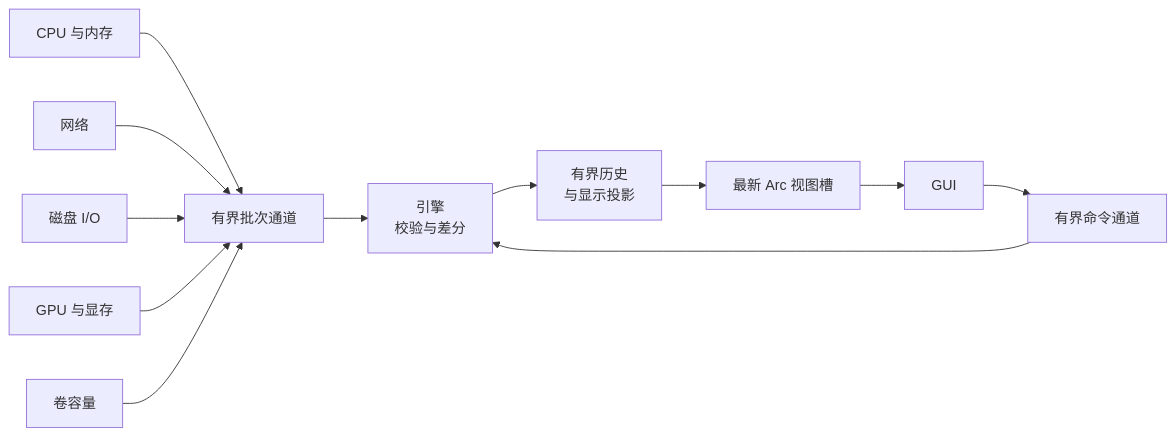
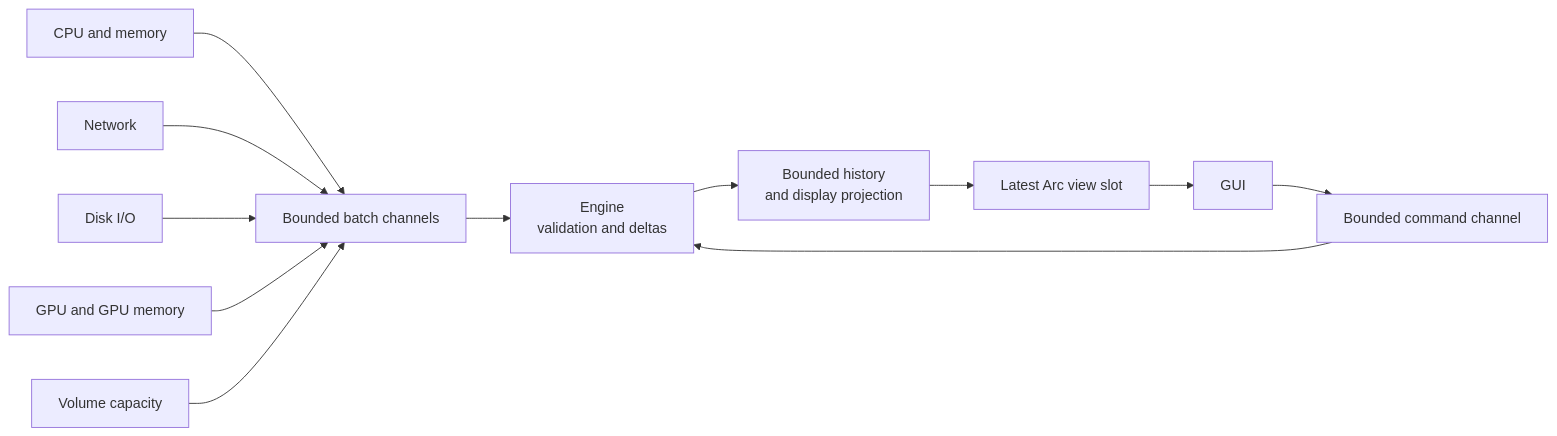
The second of 2 diagrams in README.md (lengyc-Code/qqq_monitor), drawn with Mermaid before and after one commit. The commit also changed other lines of this file and 50 other files, not shown here.

````diff
--- a/README.md
+++ b/README.md
@@ -160,14 +172,14 @@
 ```mermaid
 flowchart LR
-    CPU[CPU 与内存] --> CH[有界批次通道]
-    NET[网络] --> CH
-    DISK[磁盘 I/O] --> CH
-    GPU[GPU 与显存] --> CH
-    VOL[卷容量] --> CH
-    CH --> ENGINE[引擎<br>校验与差分]
-    ENGINE --> HISTORY[有界历史<br>与显示投影]
-    HISTORY --> SLOT[最新 Arc 视图槽]
+    CPU[CPU and memory] --> CH[Bounded batch channels]
+    NET[Network] --> CH
+    DISK[Disk I/O] --> CH
+    GPU[GPU and GPU memory] --> CH
+    VOL[Volume capacity] --> CH
+    CH --> ENGINE[Engine<br>validation and deltas]
+    ENGINE --> HISTORY[Bounded history<br>and display projection]
+    HISTORY --> SLOT[Latest Arc view slot]
     SLOT --> UI[GUI]
-    UI --> CMD[有界命令通道]
+    UI --> CMD[Bounded command channel]
     CMD --> ENGINE
 ```
````
